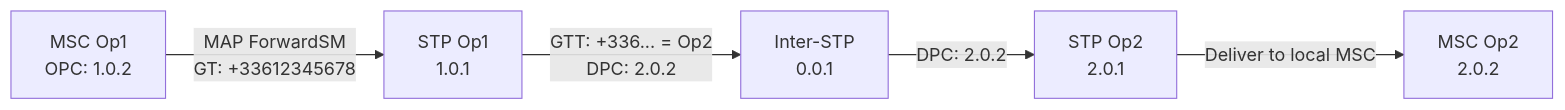
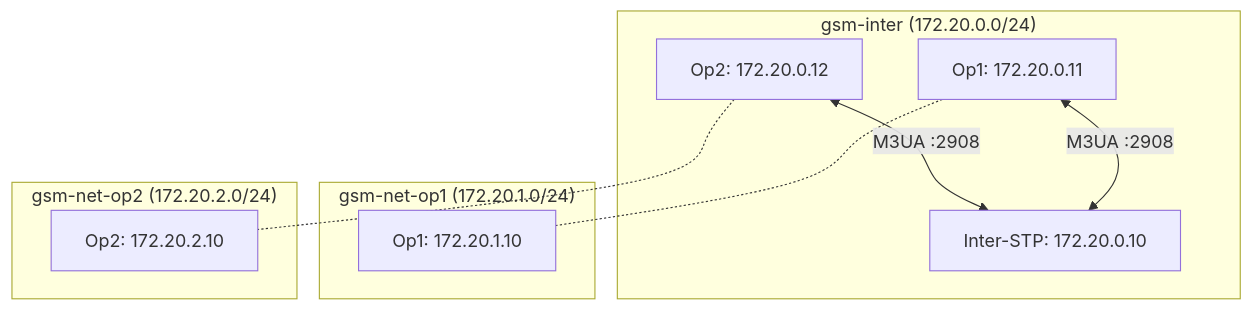
The third of 9 diagrams in README.md (bbaranoff/osmo_egprs), drawn with Mermaid before and after one commit. The commit also changed other lines of this file, not shown here.

````diff
--- a/README.md
+++ b/README.md
@@ -238,7 +107,21 @@
 ```mermaid
-flowchart LR
-    MSC_A["MSC Op1\nOPC: 1.0.2"] -->|"MAP ForwardSM\nGT: +33612345678"| STP_A["STP Op1\n1.0.1"]
-    STP_A -->|"GTT: +336... = Op2\nDPC: 2.0.2"| INTER["Inter-STP\n0.0.1"]
-    INTER -->|"DPC: 2.0.2"| STP_B["STP Op2\n2.0.1"]
-    STP_B -->|"Deliver to local MSC"| MSC_B["MSC Op2\n2.0.2"]
+flowchart TB
+    subgraph "gsm-inter (172.20.0.0/24)"
+        OP1_INTER["Op1: 172.20.0.11"]
+        OP2_INTER["Op2: 172.20.0.12"]
+        INTER_STP["Inter-STP: 172.20.0.10"]
+        OP1_INTER <-->|"M3UA :2908"| INTER_STP
+        OP2_INTER <-->|"M3UA :2908"| INTER_STP
+    end
+
+    subgraph "gsm-net-op1 (172.20.1.0/24)"
+        OP1_PRIV["Op1: 172.20.1.10"]
+    end
+
+    subgraph "gsm-net-op2 (172.20.2.0/24)"
+        OP2_PRIV["Op2: 172.20.2.10"]
+    end
+
+    OP1_INTER -.- OP1_PRIV
+    OP2_INTER -.- OP2_PRIV
 ```
````
